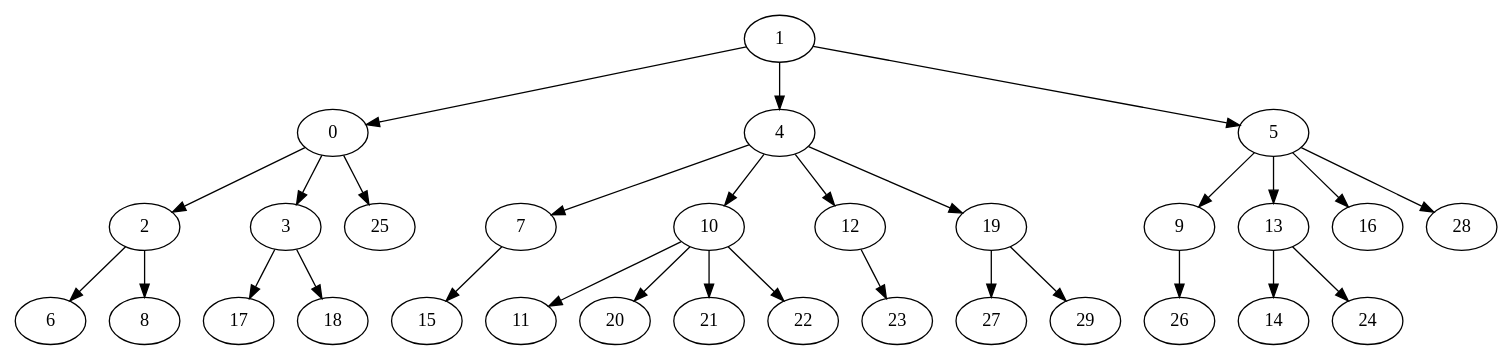
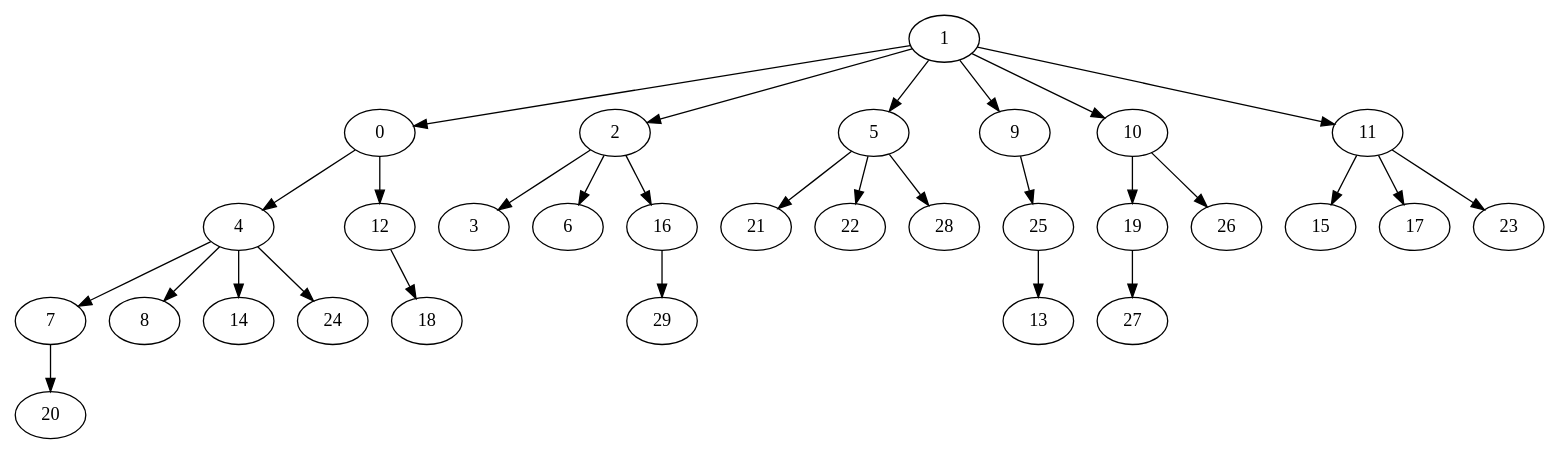
The diagram in arbol_bfs_barabasi30.gv (GusRojas/Grafos2DAA_A24), drawn with Graphviz before and after one commit. The commit also changed 12 other files, not shown here.

```diff
--- a/arbol_bfs_barabasi30.gv
+++ b/arbol_bfs_barabasi30.gv
@@ -1,31 +1,31 @@
 digraph {
   1 -> 0;
-  1 -> 4;
+  1 -> 2;
   1 -> 5;
-  0 -> 2;
-  0 -> 3;
-  0 -> 25;
+  1 -> 9;
+  1 -> 10;
+  1 -> 11;
+  0 -> 4;
+  0 -> 12;
+  2 -> 3;
+  2 -> 6;
+  2 -> 16;
+  5 -> 21;
+  5 -> 22;
+  5 -> 28;
+  9 -> 25;
+  10 -> 19;
+  10 -> 26;
+  11 -> 15;
+  11 -> 17;
+  11 -> 23;
   4 -> 7;
-  4 -> 10;
-  4 -> 12;
-  4 -> 19;
-  5 -> 9;
-  5 -> 13;
-  5 -> 16;
-  5 -> 28;
-  2 -> 6;
-  2 -> 8;
-  3 -> 17;
-  3 -> 18;
-  7 -> 15;
-  10 -> 11;
-  10 -> 20;
-  10 -> 21;
-  10 -> 22;
-  12 -> 23;
+  4 -> 8;
+  4 -> 14;
+  4 -> 24;
+  12 -> 18;
+  16 -> 29;
+  25 -> 13;
   19 -> 27;
-  19 -> 29;
-  9 -> 26;
-  13 -> 14;
-  13 -> 24;
+  7 -> 20;
 }
```
